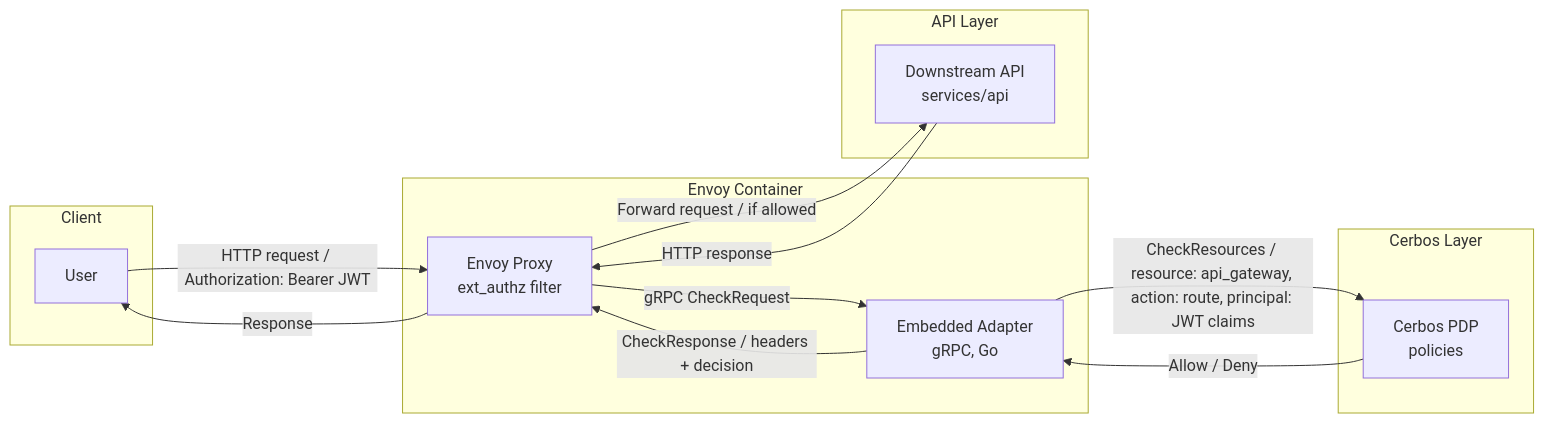
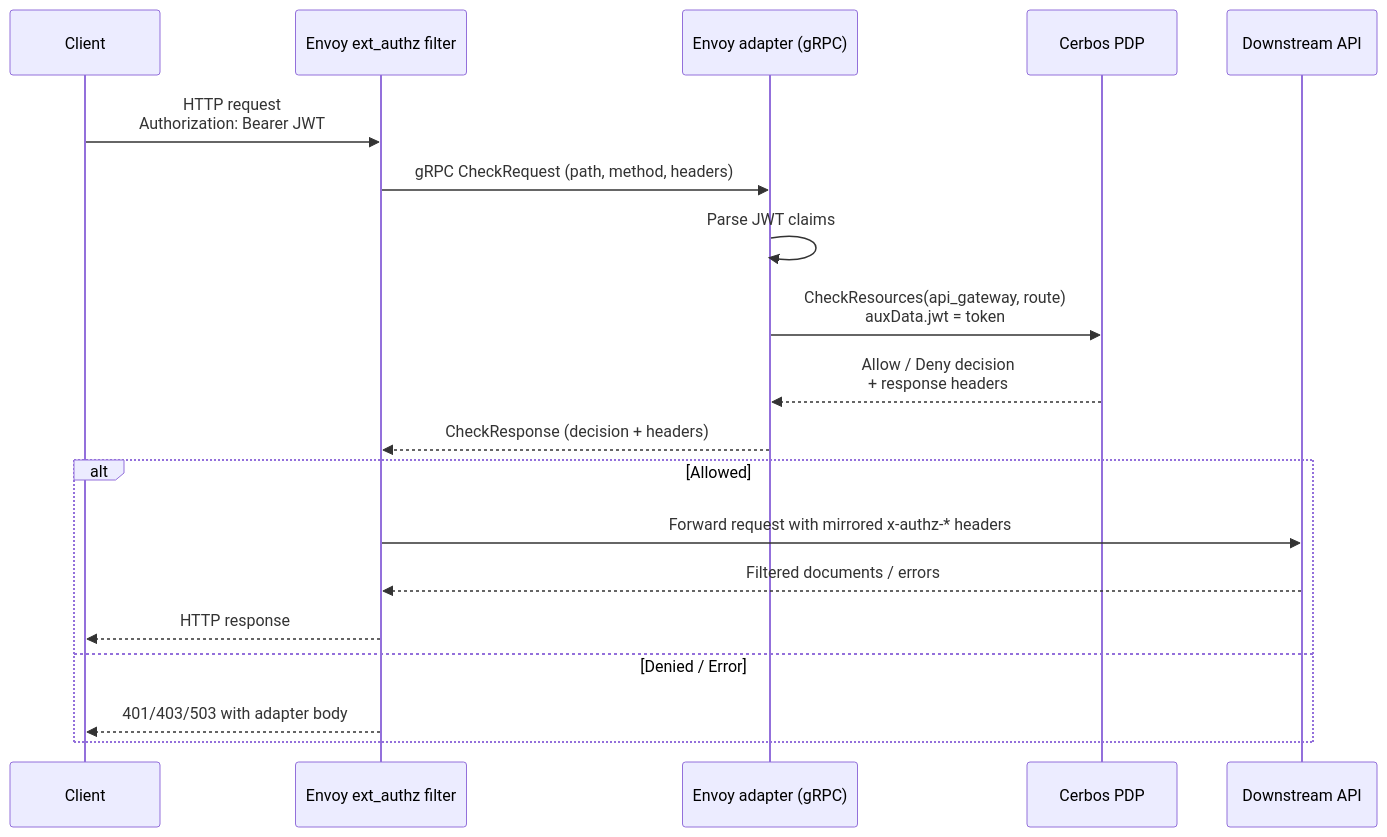
The diagram in README.md (alexolivier/cerbos-envoy-example-with-claim), drawn with Mermaid before and after one commit. The commit also changed other lines of this file and 6 other files, not shown here.

````diff
--- a/README.md
+++ b/README.md
@@ -11,28 +11,22 @@
 ```mermaid
-flowchart LR
-    subgraph Client
-        U[User]
+sequenceDiagram
+    participant Client
+    participant Envoy as Envoy ext_authz filter
+    participant Adapter as Envoy adapter (gRPC)
+    participant Cerbos as Cerbos PDP
+    participant API as Downstream API
+
+    Client->>Envoy: HTTP request<br/>Authorization: Bearer JWT
+    Envoy->>Adapter: gRPC CheckRequest (path, method, headers)
+    Adapter->>Adapter: Parse JWT claims
+    Adapter->>Cerbos: CheckResources(api_gateway, route)<br/>auxData.jwt = token
+    Cerbos-->>Adapter: Allow / Deny decision<br/>+ response headers
+    Adapter-->>Envoy: CheckResponse (decision + headers)
+    alt Allowed
+        Envoy->>API: Forward request with mirrored x-authz-* headers
+        API-->>Envoy: Filtered documents / errors
+        Envoy-->>Client: HTTP response
+    else Denied / Error
+        Envoy-->>Client: 401/403/503 with adapter body
     end
-
-    subgraph EnvoyContainer [Envoy Container]
-        E[Envoy Proxy <br/> ext_authz filter]
-        A[Embedded Adapter <br/> gRPC, Go]
-    end
-
-    subgraph CerbosLayer [Cerbos Layer]
-        C[Cerbos PDP <br/> policies]
-    end
-
-    subgraph APILayer [API Layer]
-        API[Downstream API <br/> services/api]
-    end
-
-    U -->|HTTP request / Authorization: Bearer JWT| E
-    E -->|gRPC CheckRequest| A
-    A -->|CheckResources / resource: api_gateway, action: route, principal: JWT claims| C
-    C -->|Allow / Deny| A
-    A -->|CheckResponse / headers + decision| E
-    E -->|Forward request / if allowed| API
-    API -->|HTTP response| E
-    E -->|Response| U
 ```
````
